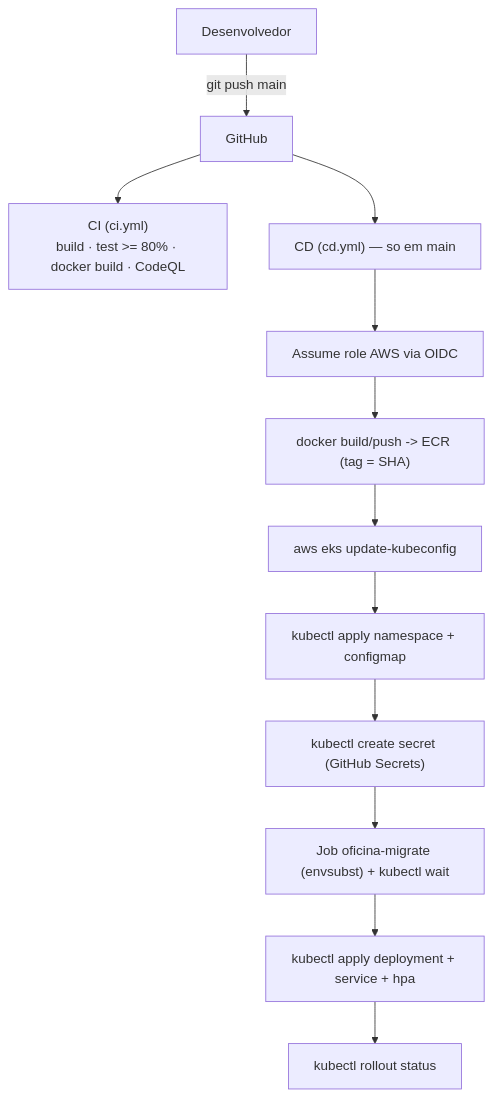
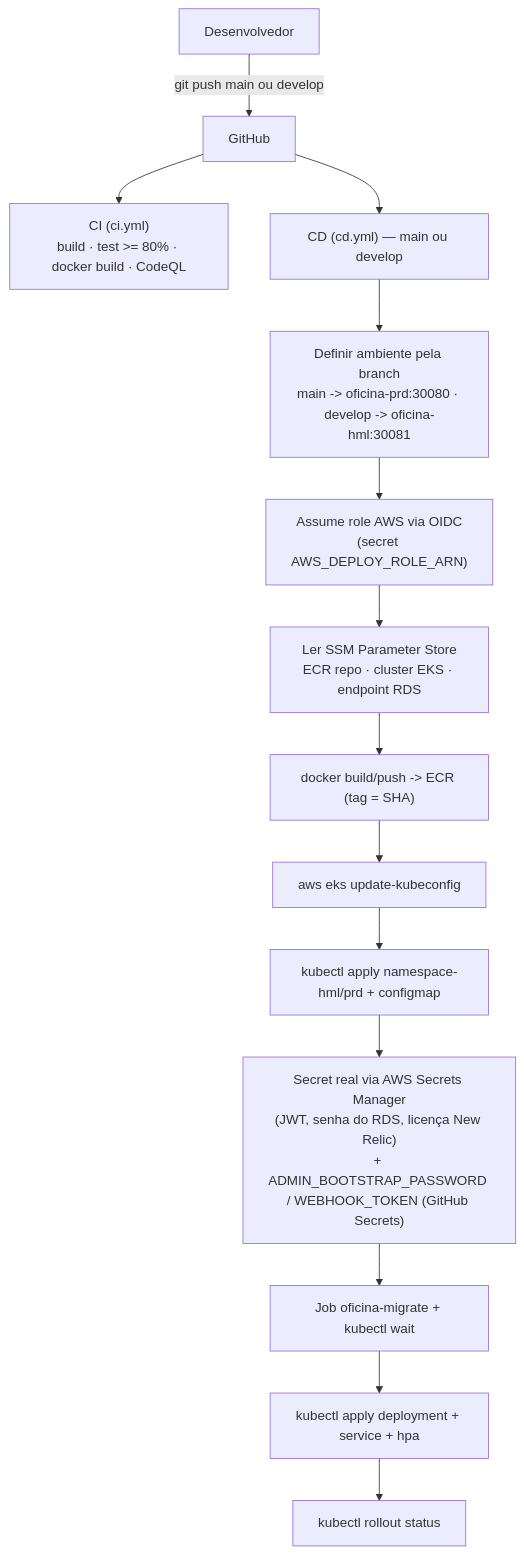
One commit to lcr-thiago-fernandes/oficina-app changed the third of 3 diagrams in README.md. Above: the diagram before and after it, drawn with Mermaid. The commit also changed other lines of this file, not shown here.

````diff
--- a/README.md
+++ b/README.md
@@ -130,14 +152,16 @@
 ```mermaid
 flowchart TD
-    DEV["Desenvolvedor"] -->|git push main| GH["GitHub"]
+    DEV["Desenvolvedor"] -->|"git push main ou develop"| GH["GitHub"]
     GH --> CI["CI (ci.yml)<br/>build · test >= 80% · docker build · CodeQL"]
-    GH --> CD["CD (cd.yml) — so em main"]
-    CD --> A1["Assume role AWS via OIDC"]
-    A1 --> A2["docker build/push -> ECR (tag = SHA)"]
-    A2 --> A3["aws eks update-kubeconfig"]
-    A3 --> A4["kubectl apply namespace + configmap"]
-    A4 --> A5["kubectl create secret (GitHub Secrets)"]
-    A5 --> A6["Job oficina-migrate (envsubst) + kubectl wait"]
-    A6 --> A7["kubectl apply deployment + service + hpa"]
-    A7 --> A8["kubectl rollout status"]
+    GH --> CD["CD (cd.yml) — main ou develop"]
+    CD --> ENV["Definir ambiente pela branch<br/>main -> oficina-prd:30080 · develop -> oficina-hml:30081"]
+    ENV --> A1["Assume role AWS via OIDC<br/>(secret AWS_DEPLOY_ROLE_ARN)"]
+    A1 --> A2["Ler SSM Parameter Store<br/>ECR repo · cluster EKS · endpoint RDS"]
+    A2 --> A3["docker build/push -> ECR (tag = SHA)"]
+    A3 --> A4["aws eks update-kubeconfig"]
+    A4 --> A5["kubectl apply namespace-hml/prd + configmap"]
+    A5 --> A6["Secret real via AWS Secrets Manager<br/>(JWT, senha do RDS, licença New Relic)<br/>+ ADMIN_BOOTSTRAP_PASSWORD / WEBHOOK_TOKEN (GitHub Secrets)"]
+    A6 --> A7["Job oficina-migrate + kubectl wait"]
+    A7 --> A8["kubectl apply deployment + service + hpa"]
+    A8 --> A9["kubectl rollout status"]
 ```
````
